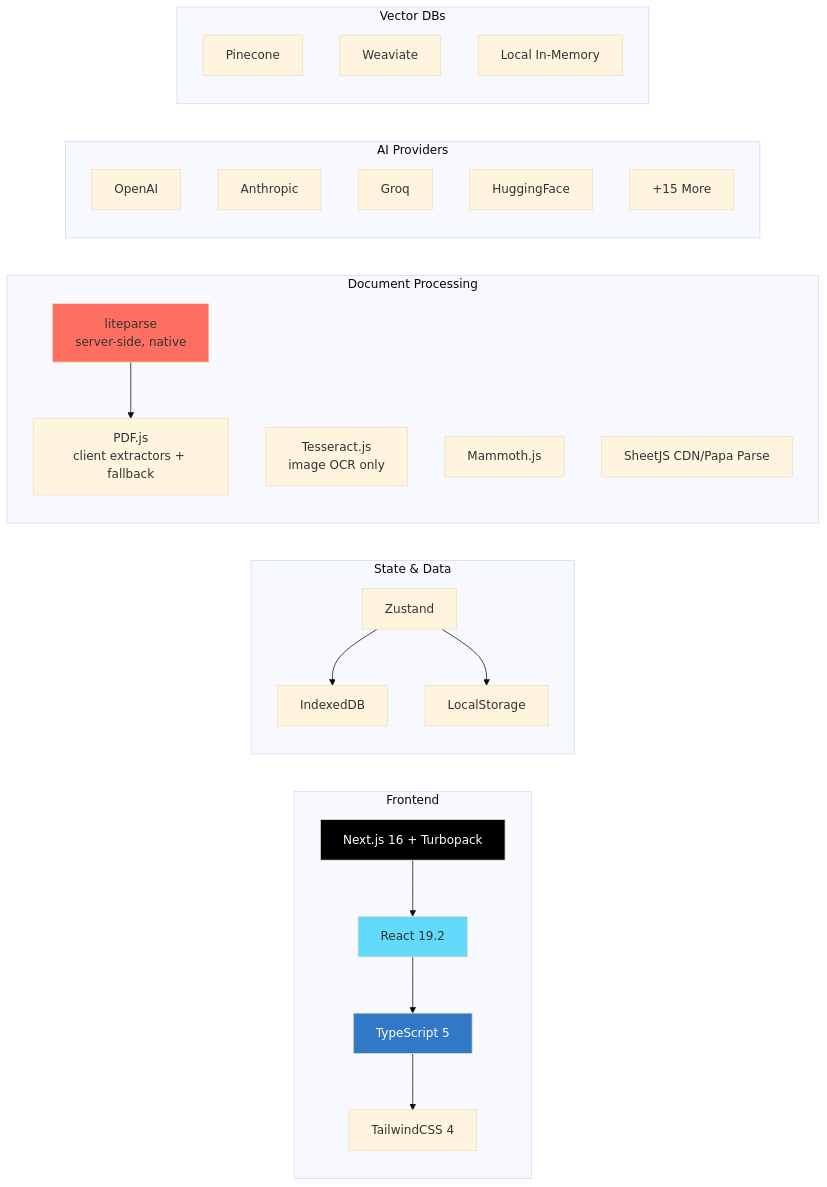
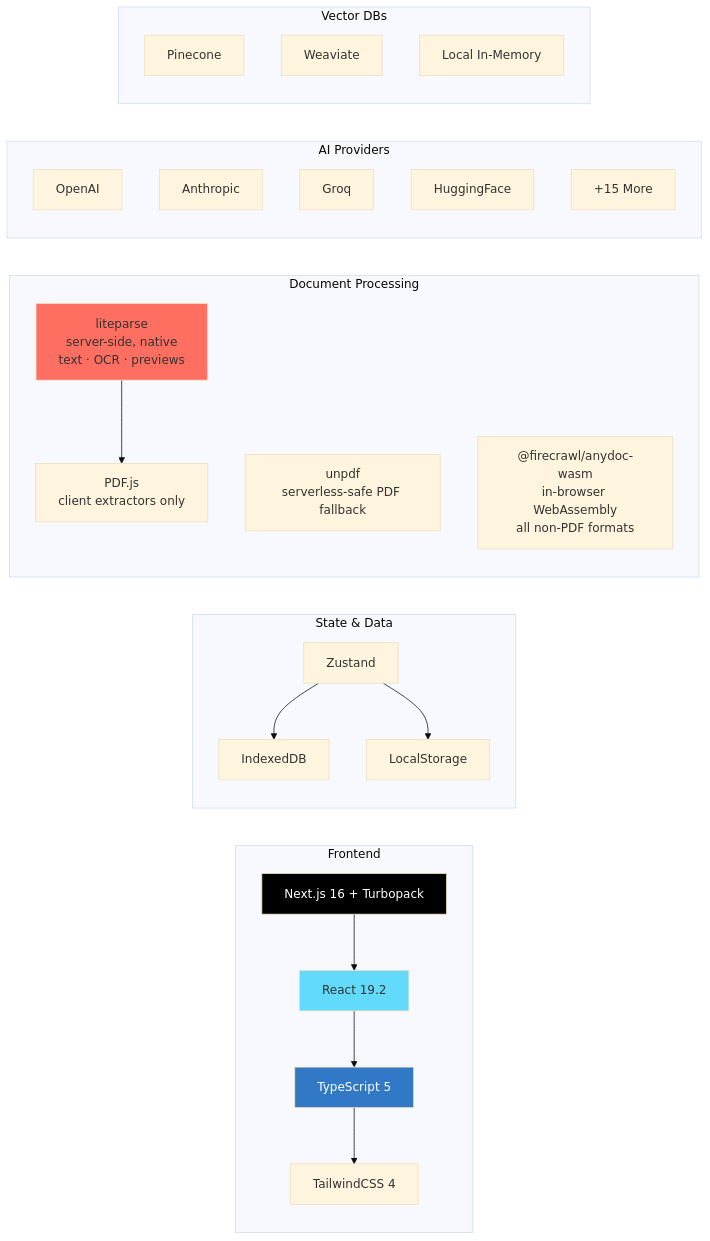
One commit to Kedhareswer/QuantumPDF_ChatApp_VectorDB changed the second of 14 diagrams in docs/ARCHITECTURE_FLOWS.md. Above: the diagram before and after it, drawn with Mermaid (base theme). The commit also changed other lines of this file and 119 other files, not shown here.

````diff
--- a/docs/ARCHITECTURE_FLOWS.md
+++ b/docs/ARCHITECTURE_FLOWS.md
@@ -89,49 +89,48 @@
 ```mermaid
 graph LR
     subgraph "Frontend"
         NEXT[Next.js 16 + Turbopack]
         REACT[React 19.2]
         TS[TypeScript 5]
         TAIL[TailwindCSS 4]
     end
 
     subgraph "State & Data"
         ZUS[Zustand]
         IDB[IndexedDB]
         LOCAL[LocalStorage]
     end
 
     subgraph "Document Processing"
-        LITE[liteparse<br/>server-side, native]
-        PDFJS[PDF.js<br/>client extractors + fallback]
-        TESS[Tesseract.js<br/>image OCR only]
-        MAMMOTH[Mammoth.js]
-        SHEETJS[SheetJS CDN/Papa Parse]
+        LITE[liteparse<br/>server-side, native<br/>text · OCR · previews]
+        UNPDF[unpdf<br/>serverless-safe PDF fallback]
+        PDFJS[PDF.js<br/>client extractors only]
+        ANYDOC["@firecrawl/anydoc-wasm<br/>in-browser WebAssembly<br/>all non-PDF formats"]
     end
 
     subgraph "AI Providers"
         OAI[OpenAI]
         ANT[Anthropic]
         GROQ[Groq]
         HF[HuggingFace]
         MORE[+15 More]
     end
 
     subgraph "Vector DBs"
         PINE[Pinecone]
         WEAV[Weaviate]
         MEM[Local In-Memory]
     end
 
     NEXT --> REACT
     REACT --> TS
     TS --> TAIL
     ZUS --> IDB
     ZUS --> LOCAL
     LITE --> PDFJS
 
     style NEXT fill:#000,color:#fff
     style REACT fill:#61dafb
     style TS fill:#3178c6,color:#fff
     style LITE fill:#ff6f61
 ```
````
